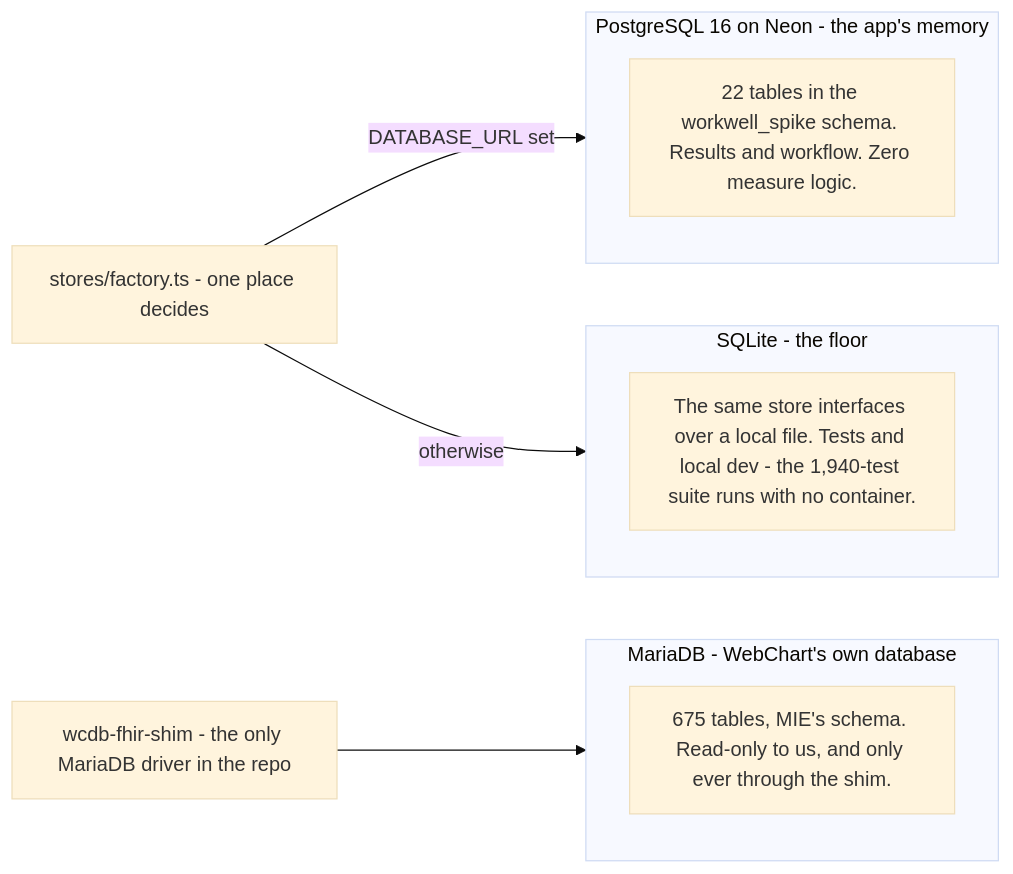
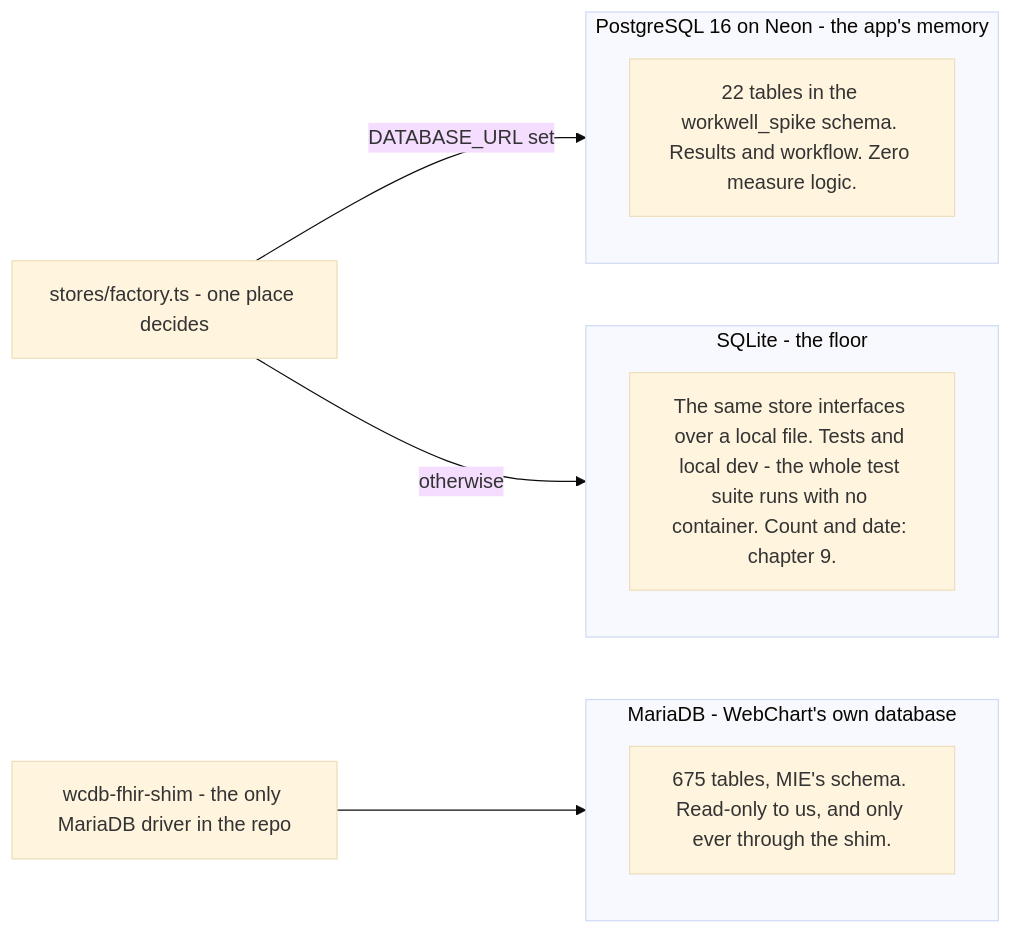
The second of 3 diagrams in docs/guide/06-data-and-databases.md (Taleef7/workwell), drawn with Mermaid (base theme) before and after one commit. The commit also changed other lines of this file and 11 other files, not shown here.

````diff
--- a/docs/guide/06-data-and-databases.md
+++ b/docs/guide/06-data-and-databases.md
@@ -69,15 +70,15 @@
 ```mermaid
 flowchart LR
   subgraph PG["PostgreSQL 16 on Neon - the app's memory"]
     P1["22 tables in the workwell_spike schema. Results and workflow. Zero measure logic."]
   end
   subgraph SL["SQLite - the floor"]
-    S1["The same store interfaces over a local file. Tests and local dev - the 1,940-test suite runs with no container."]
+    S1["The same store interfaces over a local file. Tests and local dev - the whole test suite runs with no container. Count and date: chapter 9."]
   end
   subgraph MD["MariaDB - WebChart's own database"]
     M1["675 tables, MIE's schema. Read-only to us, and only ever through the shim."]
   end
   F["stores/factory.ts - one place decides"] -->|"DATABASE_URL set"| PG
   F -->|"otherwise"| SL
   SHIM["wcdb-fhir-shim - the only MariaDB driver in the repo"] --> MD
 ```
````
